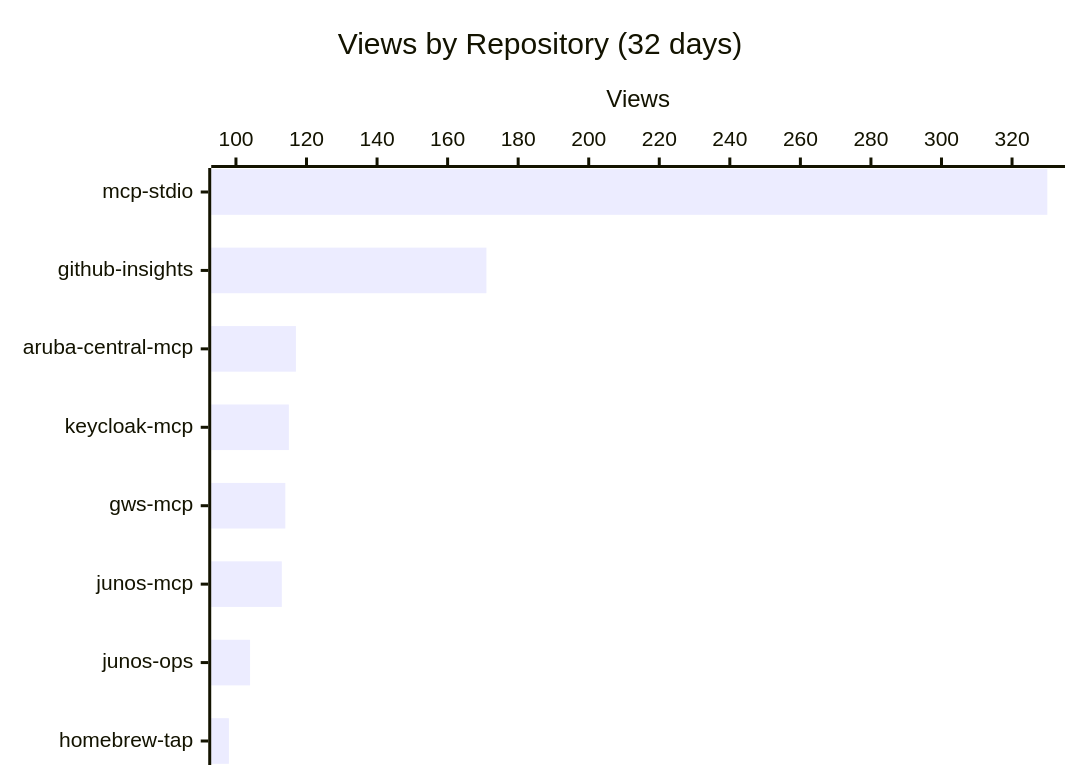
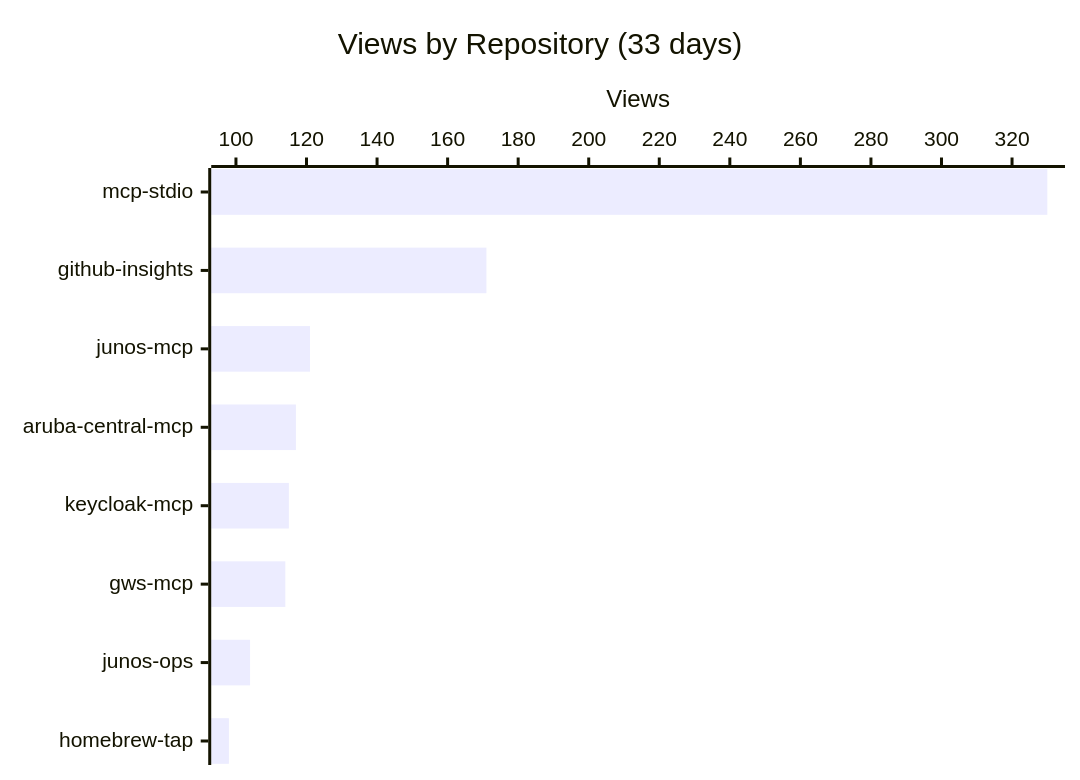
Before and after one commit to shigechika/github-insights: the first of 3 diagrams in README.md, drawn with Mermaid. The commit also changed other lines of this file and 1 other file, not shown here.

````diff
--- a/README.md
+++ b/README.md
@@ -14,7 +14,7 @@
 ```mermaid
 xychart-beta horizontal
-    title "Views by Repository (32 days)"
-    x-axis ["mcp-stdio", "github-insights", "aruba-central-mcp", "keycloak-mcp", "gws-mcp", "junos-mcp", "junos-ops", "homebrew-tap"]
+    title "Views by Repository (33 days)"
+    x-axis ["mcp-stdio", "github-insights", "junos-mcp", "aruba-central-mcp", "keycloak-mcp", "gws-mcp", "junos-ops", "homebrew-tap"]
     y-axis "Views"
-    bar [330, 171, 117, 115, 114, 113, 104, 98]
+    bar [330, 171, 121, 117, 115, 114, 104, 98]
 ```
````
